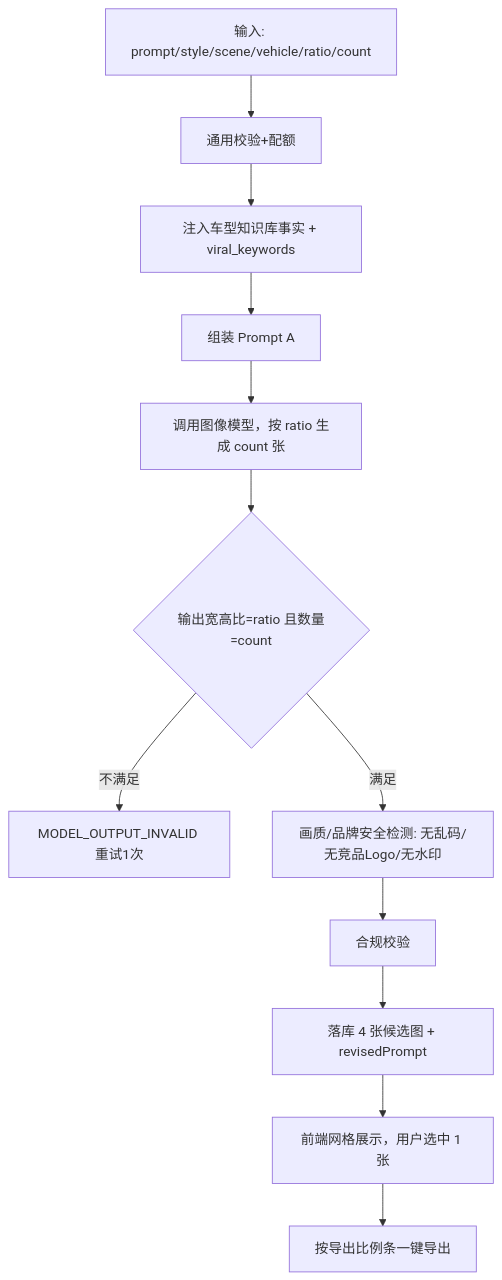
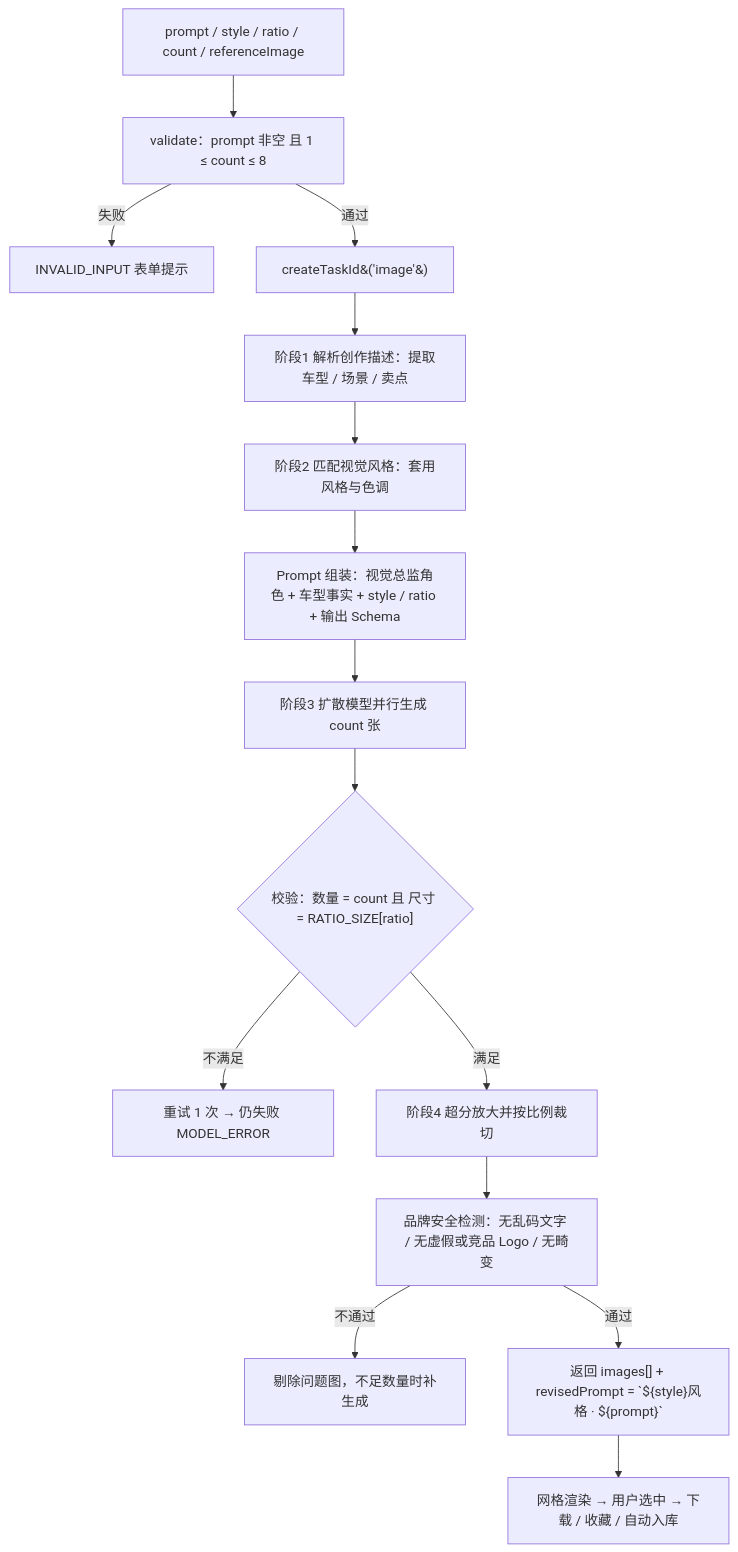
Before and after one commit to yangyang0723-ai/autoaigc: the second of 6 diagrams in docs/PRD.md, drawn with Mermaid. The commit also changed other lines of this file and 1 other file, not shown here.

````diff
--- a/docs/PRD.md
+++ b/docs/PRD.md
@@ -623,14 +343,17 @@
 ```mermaid
 flowchart TD
-  A[输入: prompt/style/scene/vehicle/ratio/count] --> B[通用校验+配额]
-  B --> C[注入车型知识库事实 + viral_keywords]
-  C --> D[组装 Prompt A]
-  D --> E[调用图像模型，按 ratio 生成 count 张]
-  E --> F{输出宽高比=ratio 且数量=count}
-  F -- 不满足 --> F1[MODEL_OUTPUT_INVALID 重试1次]
-  F -- 满足 --> G[画质/品牌安全检测: 无乱码/无竞品Logo/无水印]
-  G --> H[合规校验]
-  H --> I[落库 4 张候选图 + revisedPrompt]
-  I --> J[前端网格展示，用户选中 1 张]
-  J --> K[按导出比例条一键导出]
+  A[prompt / style / ratio / count / referenceImage] --> B["validate：prompt 非空 且 1 ≤ count ≤ 8"]
+  B -- 失败 --> B1[INVALID_INPUT 表单提示]
+  B -- 通过 --> C["createTaskId&#40;'image'&#41;"]
+  C --> D[阶段1 解析创作描述：提取车型 / 场景 / 卖点]
+  D --> E[阶段2 匹配视觉风格：套用风格与色调]
+  E --> F["Prompt 组装：视觉总监角色 + 车型事实 + style / ratio + 输出 Schema"]
+  F --> G[阶段3 扩散模型并行生成 count 张]
+  G --> H{"校验：数量 = count 且 尺寸 = RATIO_SIZE[ratio]"}
+  H -- 不满足 --> H1[重试 1 次 → 仍失败 MODEL_ERROR]
+  H -- 满足 --> I[阶段4 超分放大并按比例裁切]
+  I --> J[品牌安全检测：无乱码文字 / 无虚假或竞品 Logo / 无畸变]
+  J -- 不通过 --> J1[剔除问题图，不足数量时补生成]
+  J -- 通过 --> K["返回 images[] + revisedPrompt = `${style}风格 · ${prompt}`"]
+  K --> L[网格渲染 → 用户选中 → 下载 / 收藏 / 自动入库]
 ```
````
